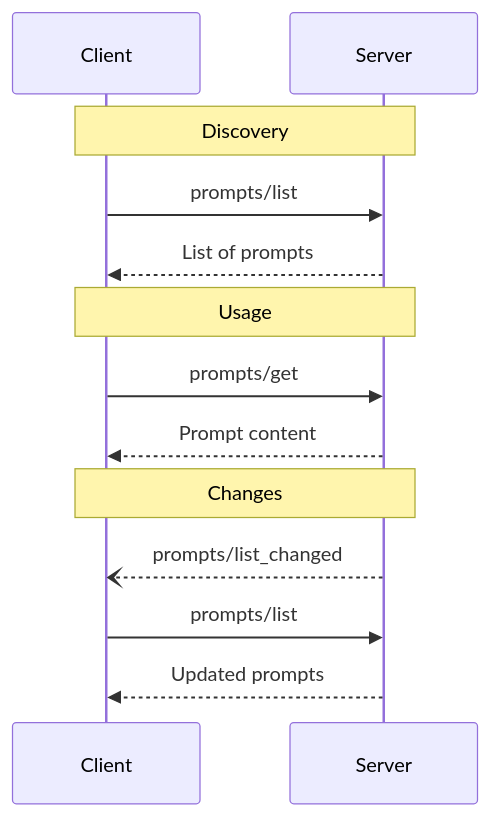
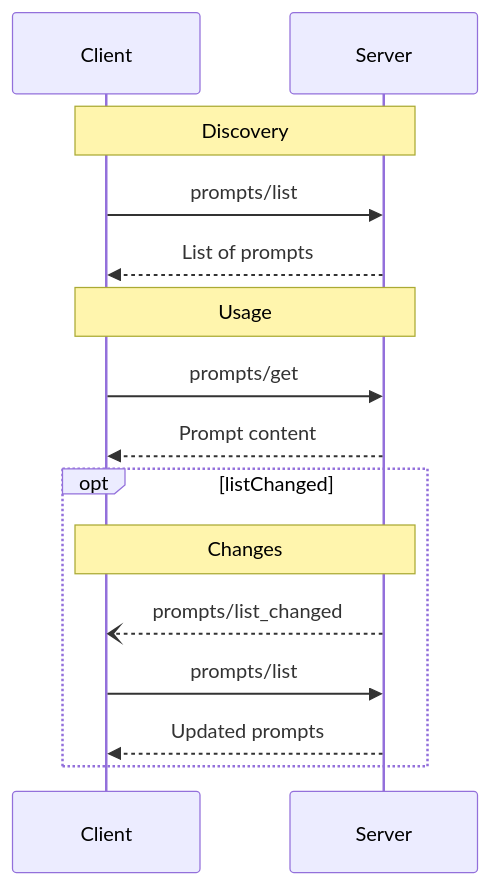
The diagram in docs/specification/server/prompts.md (zcstarr/modelcontextprotocol), drawn with Mermaid before and after one commit. The commit also changed other lines of this file, not shown here.

````diff
--- a/docs/specification/server/prompts.md
+++ b/docs/specification/server/prompts.md
@@ -139,18 +133,20 @@
 ```mermaid
 sequenceDiagram
     participant Client
     participant Server
 
     Note over Client,Server: Discovery
     Client->>Server: prompts/list
     Server-->>Client: List of prompts
 
     Note over Client,Server: Usage
     Client->>Server: prompts/get
     Server-->>Client: Prompt content
 
-    Note over Client,Server: Changes
-    Server--)Client: prompts/list_changed
-    Client->>Server: prompts/list
-    Server-->>Client: Updated prompts
+    opt listChanged
+      Note over Client,Server: Changes
+      Server--)Client: prompts/list_changed
+      Client->>Server: prompts/list
+      Server-->>Client: Updated prompts
+    end
 ```
````
